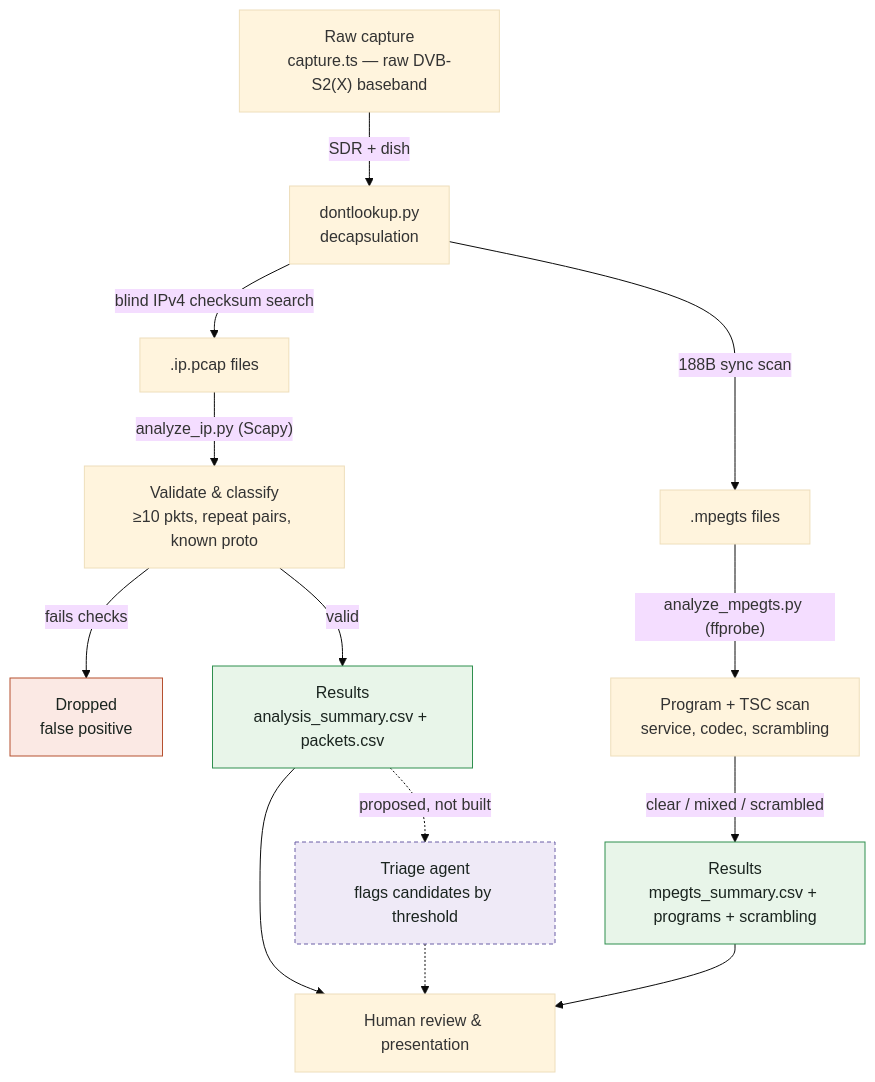
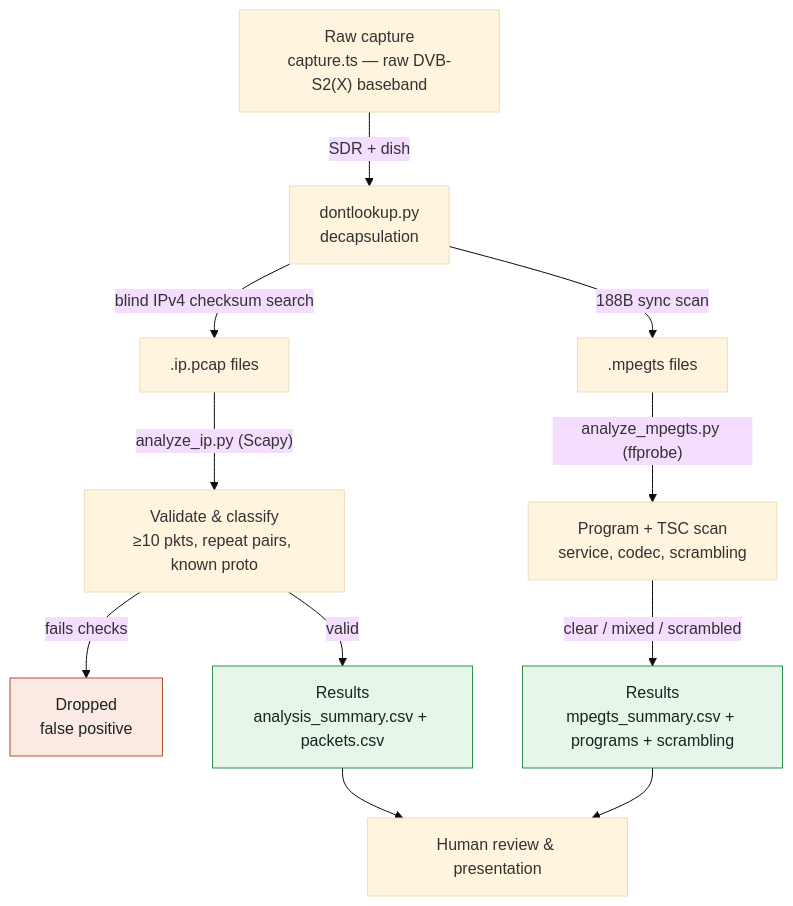
One commit to Puminunp/dvbs2-analysis-scripts changed the diagram in README.md. Above: the diagram before and after it, drawn with Mermaid (base theme). The commit also changed other lines of this file, not shown here.

Commit message:
Remove proposed triage-agent branch from pipeline diagram
Agentic AI work is deferred to a later project phase.

````diff
--- a/README.md
+++ b/README.md
@@ -11,22 +11,18 @@
 ```mermaid
 flowchart TD
     A["Raw capture<br/>capture.ts — raw DVB-S2(X) baseband"] -->|SDR + dish| B["dontlookup.py<br/>decapsulation"]
     B -->|blind IPv4 checksum search| C[".ip.pcap files"]
     B -->|188B sync scan| D[".mpegts files"]
     C -->|"analyze_ip.py (Scapy)"| E["Validate &amp; classify<br/>≥10 pkts, repeat pairs, known proto"]
     D -->|"analyze_mpegts.py (ffprobe)"| F["Program + TSC scan<br/>service, codec, scrambling"]
     E -->|fails checks| G["Dropped<br/>false positive"]
     E -->|valid| H["Results<br/>analysis_summary.csv + packets.csv"]
     F -->|clear / mixed / scrambled| I["Results<br/>mpegts_summary.csv + programs + scrambling"]
     H --> J["Human review &amp; presentation"]
     I --> J
-    H -.->|proposed, not built| K["Triage agent<br/>flags candidates by threshold"]
-    K -.-> J
 
     classDef ok fill:#e8f5e9,stroke:#2f8f4e,color:#1a241f
     classDef drop fill:#fbe9e4,stroke:#b5502f,color:#1a241f
-    classDef proposed fill:#efeaf7,stroke:#6b5fa6,stroke-dasharray: 4 3,color:#1a241f
     class H,I ok
     class G drop
-    class K proposed
 ```
````
